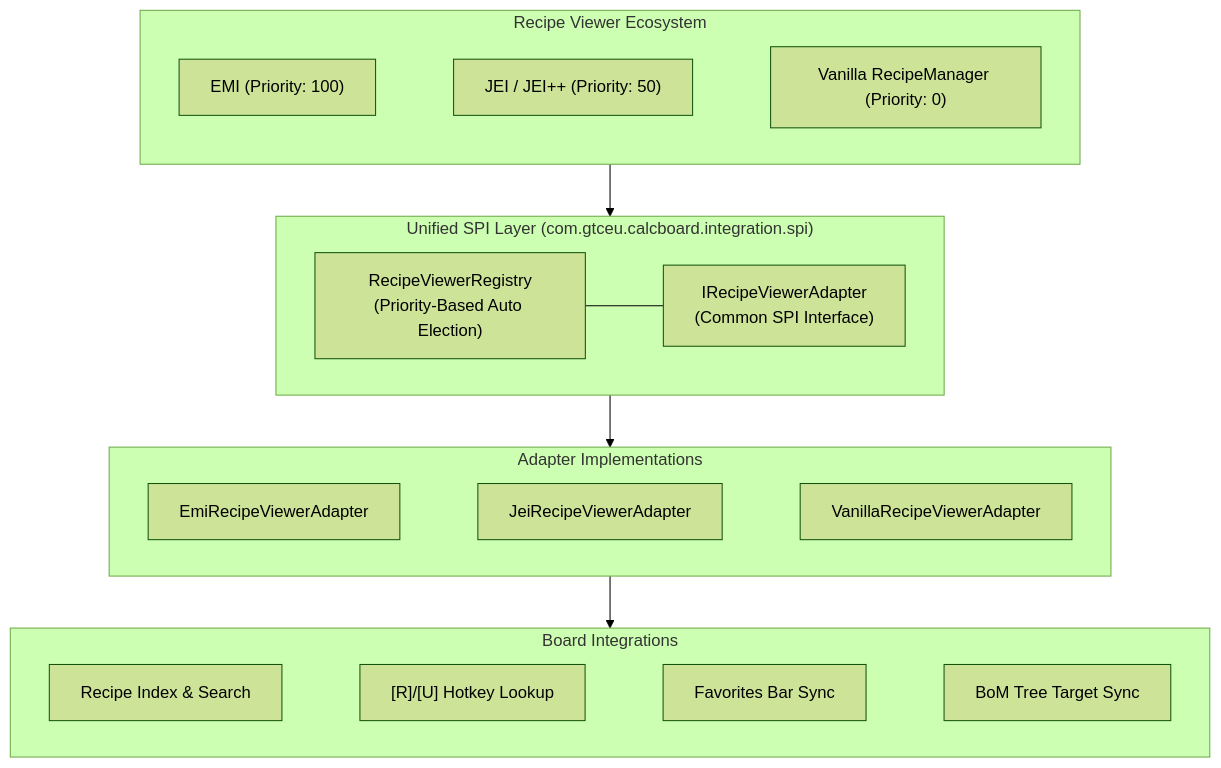
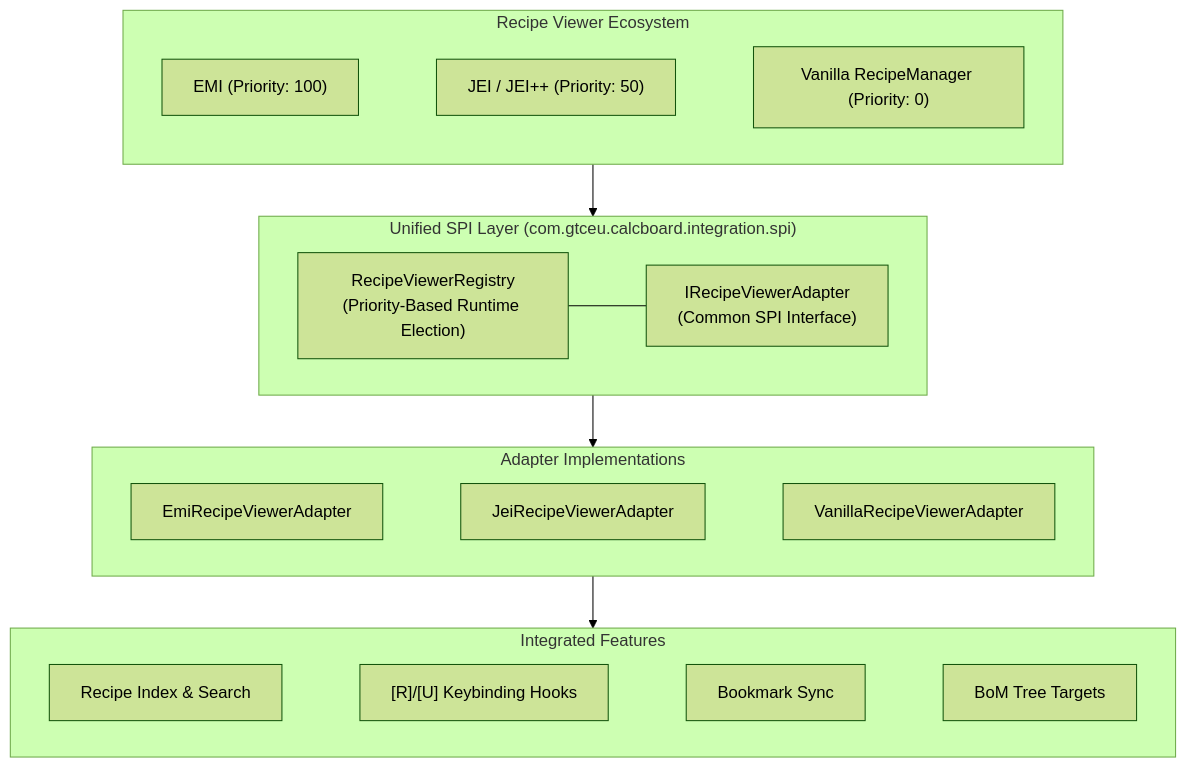
The first of 3 diagrams in docs/en_us/spec/05_INTEGRATION_AND_I18N.md (Amvermain/GregTechCalculatorBoard), drawn with Mermaid (forest theme) before and after one commit. The commit also changed other lines of this file and 191 other files, not shown here.

````diff
--- a/docs/en_us/spec/05_INTEGRATION_AND_I18N.md
+++ b/docs/en_us/spec/05_INTEGRATION_AND_I18N.md
@@ -12,24 +12,24 @@
 ```mermaid
 flowchart TB
     subgraph Viewers["Recipe Viewer Ecosystem"]
         direction LR
         EMI["EMI (Priority: 100)"] ~~~ JEI["JEI / JEI++ (Priority: 50)"] ~~~ VAN["Vanilla RecipeManager (Priority: 0)"]
     end
 
     subgraph SPI["Unified SPI Layer (com.gtceu.calcboard.integration.spi)"]
         direction LR
-        RVR["RecipeViewerRegistry<br/>(Priority-Based Auto Election)"] --- IVA["IRecipeViewerAdapter<br/>(Common SPI Interface)"]
+        RVR["RecipeViewerRegistry<br/>(Priority-Based Runtime Election)"] --- IVA["IRecipeViewerAdapter<br/>(Common SPI Interface)"]
     end
 
     subgraph Adapters["Adapter Implementations"]
         direction LR
         E_AD["EmiRecipeViewerAdapter"] ~~~ J_AD["JeiRecipeViewerAdapter"] ~~~ V_AD["VanillaRecipeViewerAdapter"]
     end
 
-    subgraph Features["Board Integrations"]
+    subgraph Features["Integrated Features"]
         direction LR
-        SRCH["Recipe Index & Search"] ~~~ HOV["[R]/[U] Hotkey Lookup"] ~~~ FAV_B["Favorites Bar Sync"] ~~~ BOM_T["BoM Tree Target Sync"]
+        SRCH["Recipe Index & Search"] ~~~ HOV["[R]/[U] Keybinding Hooks"] ~~~ FAV_B["Bookmark Sync"] ~~~ BOM_T["BoM Tree Targets"]
     end
 
     Viewers --> SPI --> Adapters --> Features
 ```
````
